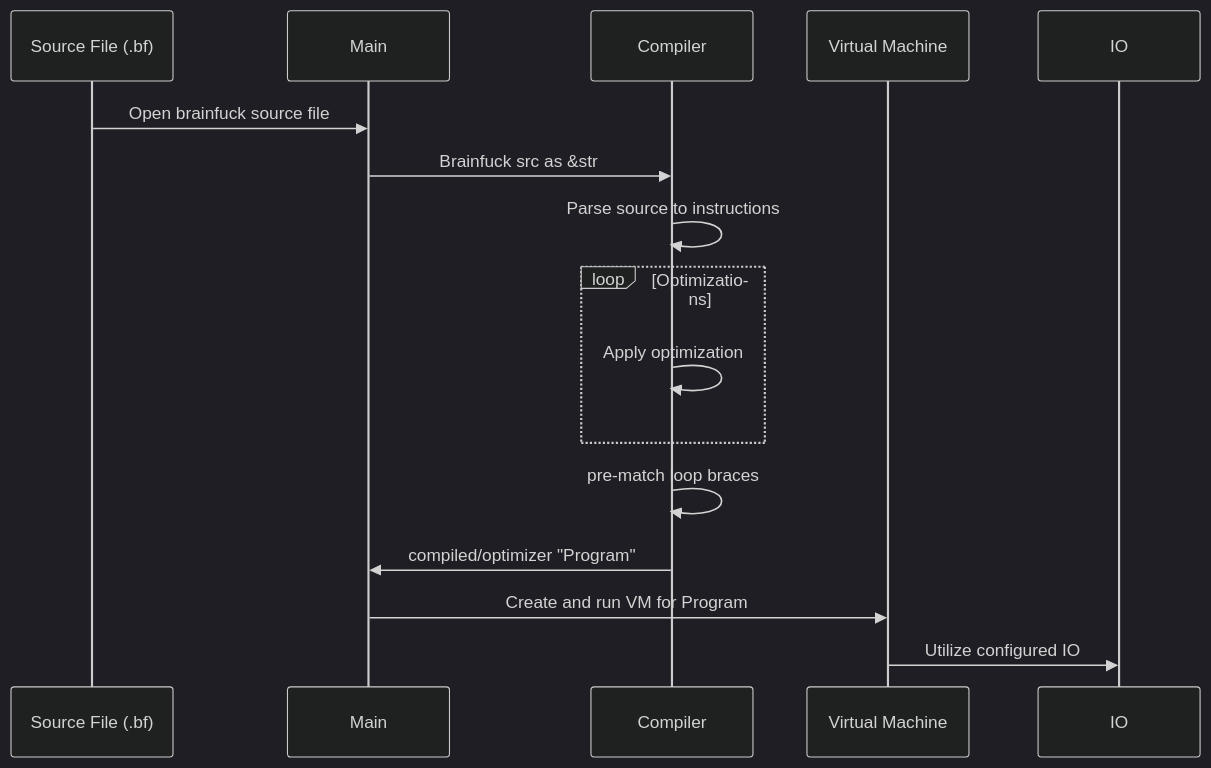
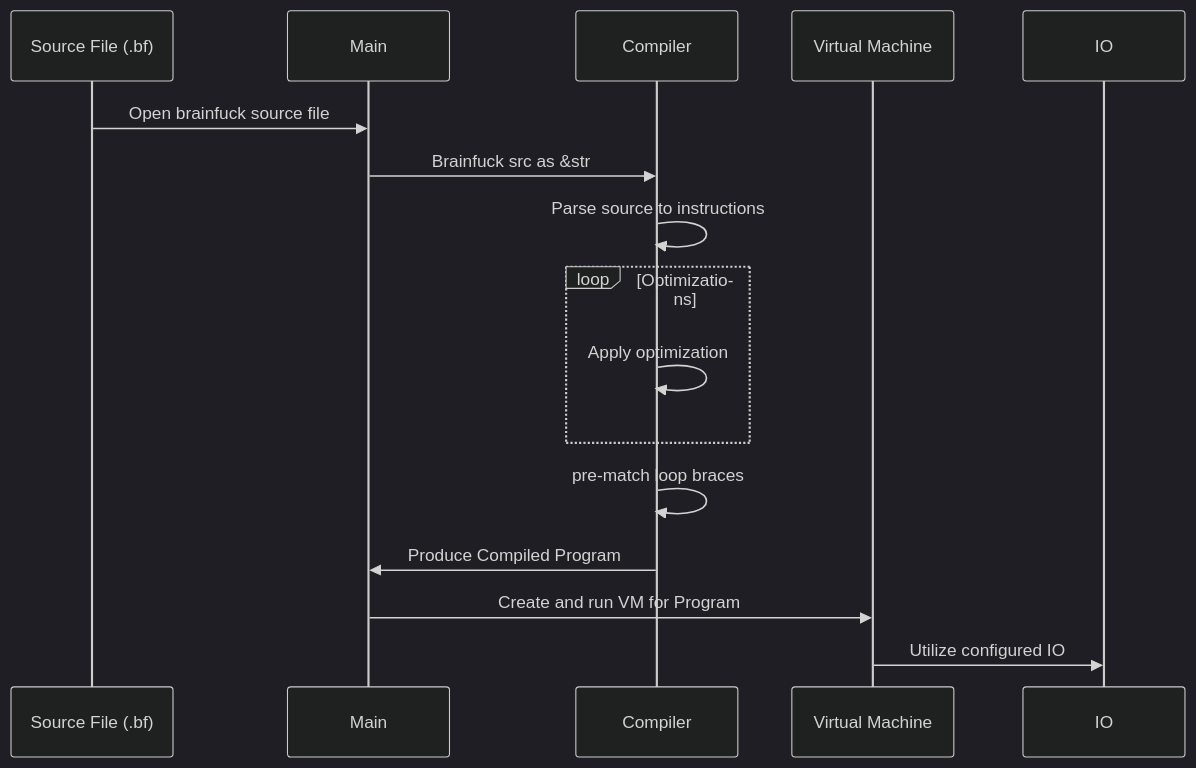
One commit to rafibayer/brainfrick-rs changed the diagram in README.md. Above: the diagram before and after it, drawn with Mermaid (dark theme).

Commit message:
readme updates

````diff
--- a/README.md
+++ b/README.md
@@ -5,18 +5,18 @@
 ```mermaid
 sequenceDiagram
     participant src as Source File (.bf)
     participant main as Main
     participant compiler as Compiler
     participant vm as Virtual Machine
     participant io as IO
     src->>main:Open brainfuck source file
     main->>compiler:Brainfuck src as &str
     compiler->>compiler: Parse source to instructions
     loop Optimizations
         compiler->>compiler: Apply optimization
     end
     compiler->>compiler: pre-match loop braces
-    compiler->>main: compiled/optimizer "Program"
+    compiler->>main: Produce Compiled Program
     main->>vm: Create and run VM for Program
     vm->>io: Utilize configured IO
 ```
````
